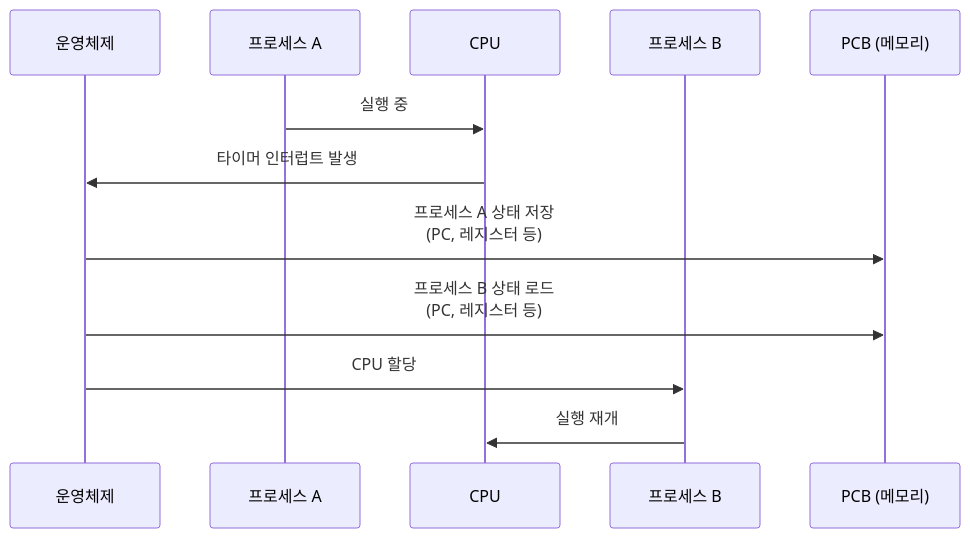
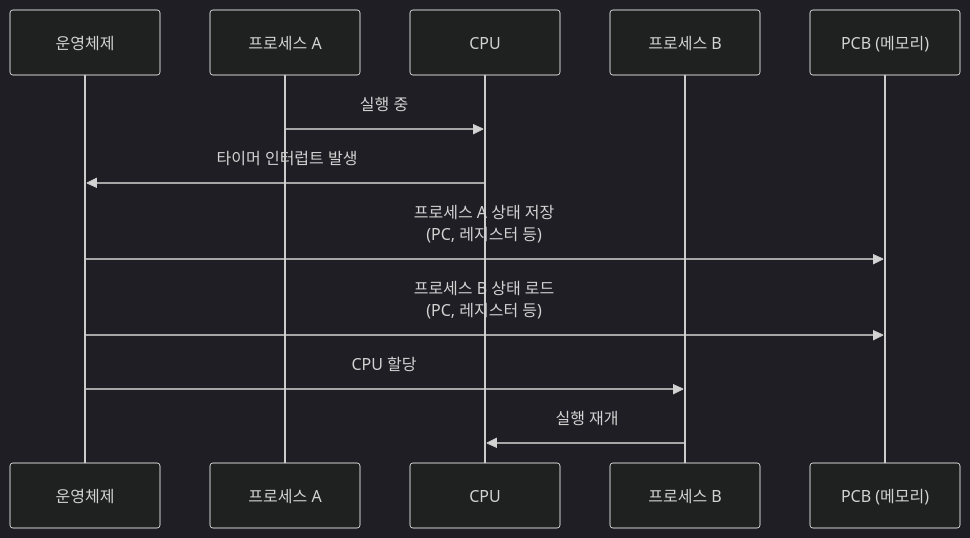
One commit to Cllaude99/cllaude99_labs changed diagram 12 of 22 in apps/devblog/content/posts/operating-system.mdx. Above: the diagram before and after it, drawn with Mermaid.

Commit message:
fix: 운영체제 글의 다이어그램 테마 업데이트
- 운영체제 관련 다이어그램에 어두운 테마를 적용하여 가독성을 향상시켰습니다.

````diff
--- a/apps/devblog/content/posts/operating-system.mdx
+++ b/apps/devblog/content/posts/operating-system.mdx
@@ -598,15 +598,16 @@
 ```mermaid
+%%{init: {'theme':'dark'}}%%
 sequenceDiagram
     participant OS as 운영체제
     participant P1 as 프로세스 A
     participant CPU
     participant P2 as 프로세스 B
     participant PCB as PCB (메모리)
 
     P1->>CPU: 실행 중
     CPU->>OS: 타이머 인터럽트 발생
     OS->>PCB: 프로세스 A 상태 저장<br/>(PC, 레지스터 등)
     OS->>PCB: 프로세스 B 상태 로드<br/>(PC, 레지스터 등)
     OS->>P2: CPU 할당
     P2->>CPU: 실행 재개
 ```
````
